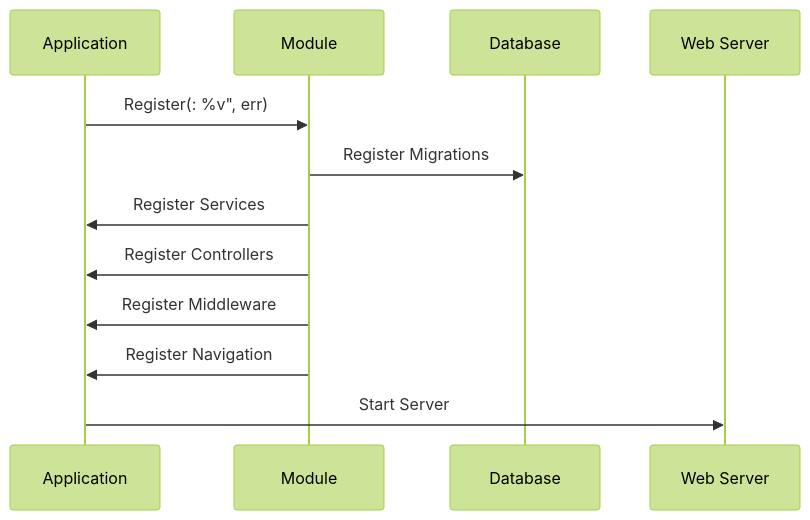
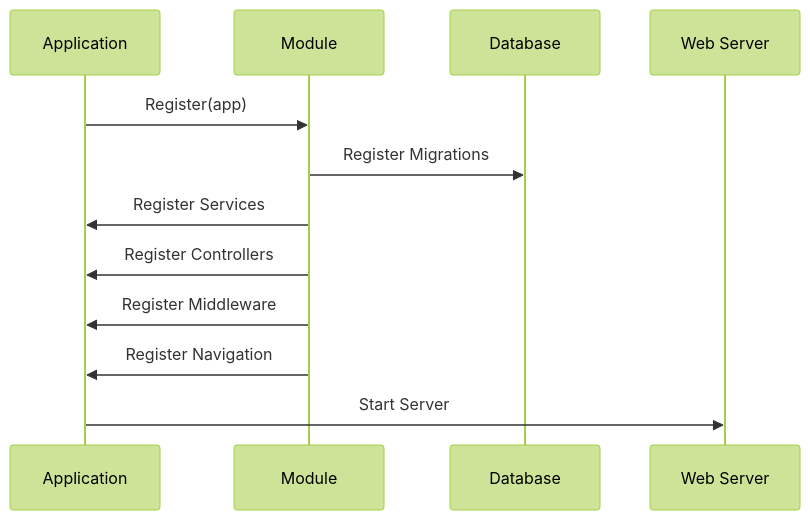
Before and after one commit to iota-uz/iota-sdk: the third of 7 diagrams in docs/content/architecture/index.mdx, drawn with Mermaid (forest theme). The commit also changed other lines of this file and 4 other files, not shown here.

First line of the commit message:
docs: fix architecture (BuiltInModules, multi-tenancy, frontend, DDD)

````diff
--- a/docs/content/architecture/index.mdx
+++ b/docs/content/architecture/index.mdx
@@ -103,15 +103,15 @@
 ```mermaid
 sequenceDiagram
     participant App as Application
     participant Mod as Module
     participant DB as Database
     participant Web as Web Server
     
-    App->>Mod: Register(: %v", err)
+    App->>Mod: Register(app)
     Mod->>DB: Register Migrations
     Mod->>App: Register Services
     Mod->>App: Register Controllers
     Mod->>App: Register Middleware
     Mod->>App: Register Navigation
     App->>Web: Start Server
 ```
````
